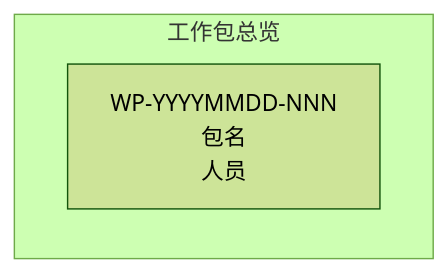
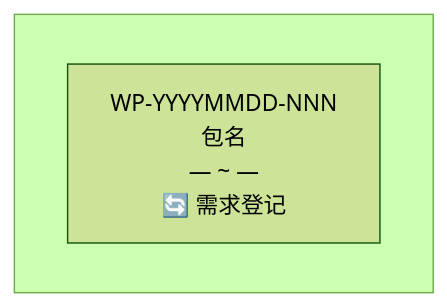
Before and after one commit to qiusuo0226/chrono-pm-skill: the second of 2 diagrams in ChronoPM-Project/assets/templates/wp-chart-template.md, drawn with Mermaid (forest theme). The commit also changed other lines of this file and 7 other files, not shown here.

Commit message:
3.18.0 节点2：工作包图按计划分章、建包联动 AUTO

````diff
--- a/ChronoPM-Project/assets/templates/wp-chart-template.md
+++ b/ChronoPM-Project/assets/templates/wp-chart-template.md
@@ -13,6 +25,7 @@
 ```mermaid
 graph TD
-  subgraph 项目总览[工作包总览]
-    WPxxx["WP-YYYYMMDD-NNN<br/>包名<br/>人员"]
+  subgraph row1 [" "]
+    direction LR
+    WPyyy["WP-YYYYMMDD-NNN<br/>包名<br/>— ~ —<br/>🔄 需求登记"]
   end
 ```
````
